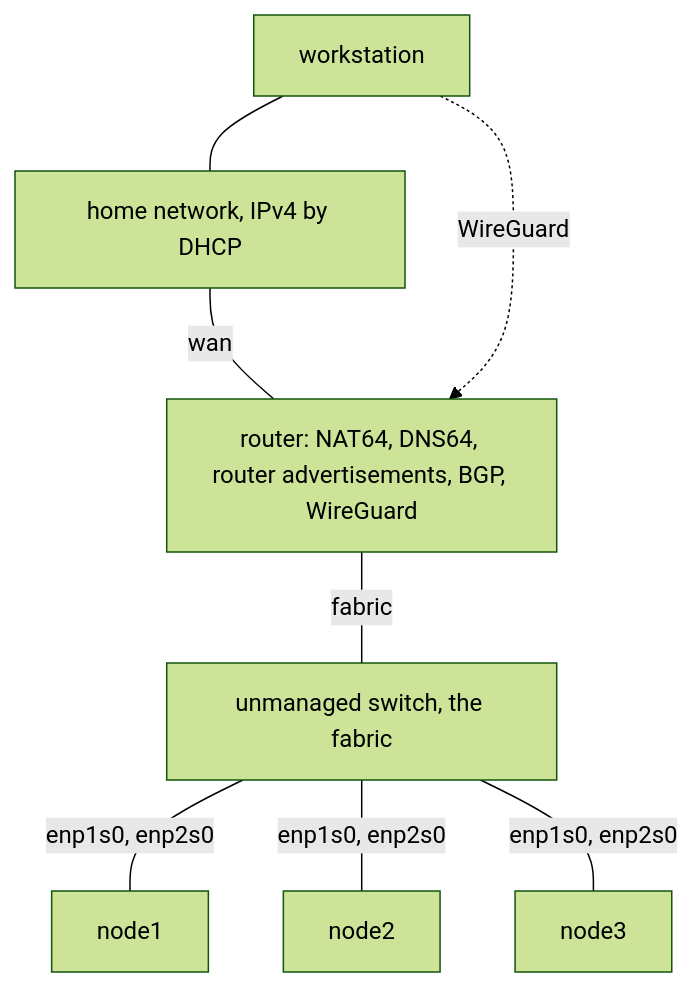
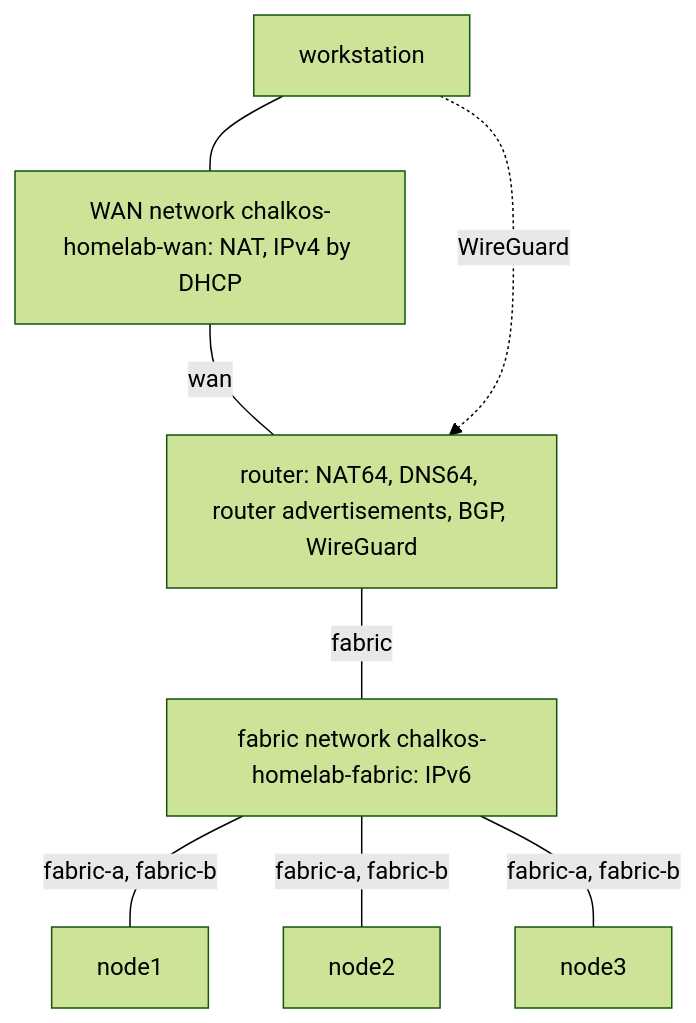
Before and after one commit to trevex/chalkos: the diagram in docs/guides/home-lab.md, drawn with Mermaid (forest theme). The commit also changed other lines of this file and 27 other files, not shown here.

````diff
--- a/docs/guides/home-lab.md
+++ b/docs/guides/home-lab.md
@@ -37,17 +40,17 @@
 ```mermaid
 flowchart TB
-    home["home network, IPv4 by DHCP"]
     ws["workstation"]
+    wan["WAN network chalkos-homelab-wan: NAT, IPv4 by DHCP"]
     router["router: NAT64, DNS64, router advertisements, BGP, WireGuard"]
-    switch["unmanaged switch, the fabric"]
+    fabric["fabric network chalkos-homelab-fabric: IPv6"]
     node1["node1"]
     node2["node2"]
     node3["node3"]
-    ws --- home
-    home ---|wan| router
+    ws --- wan
+    wan ---|wan| router
     ws -.->|WireGuard| router
-    router ---|fabric| switch
-    switch ---|enp1s0, enp2s0| node1
-    switch ---|enp1s0, enp2s0| node2
-    switch ---|enp1s0, enp2s0| node3
+    router ---|fabric| fabric
+    fabric ---|fabric-a, fabric-b| node1
+    fabric ---|fabric-a, fabric-b| node2
+    fabric ---|fabric-a, fabric-b| node3
 ```
````
